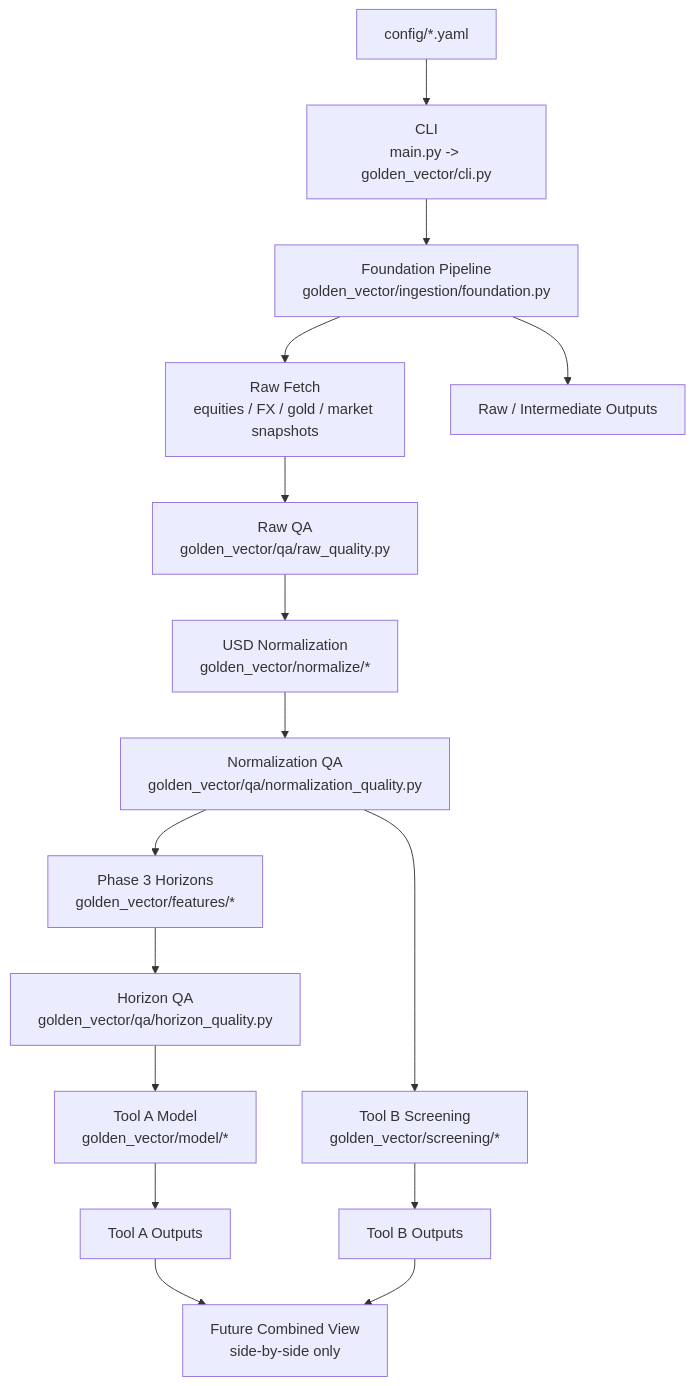
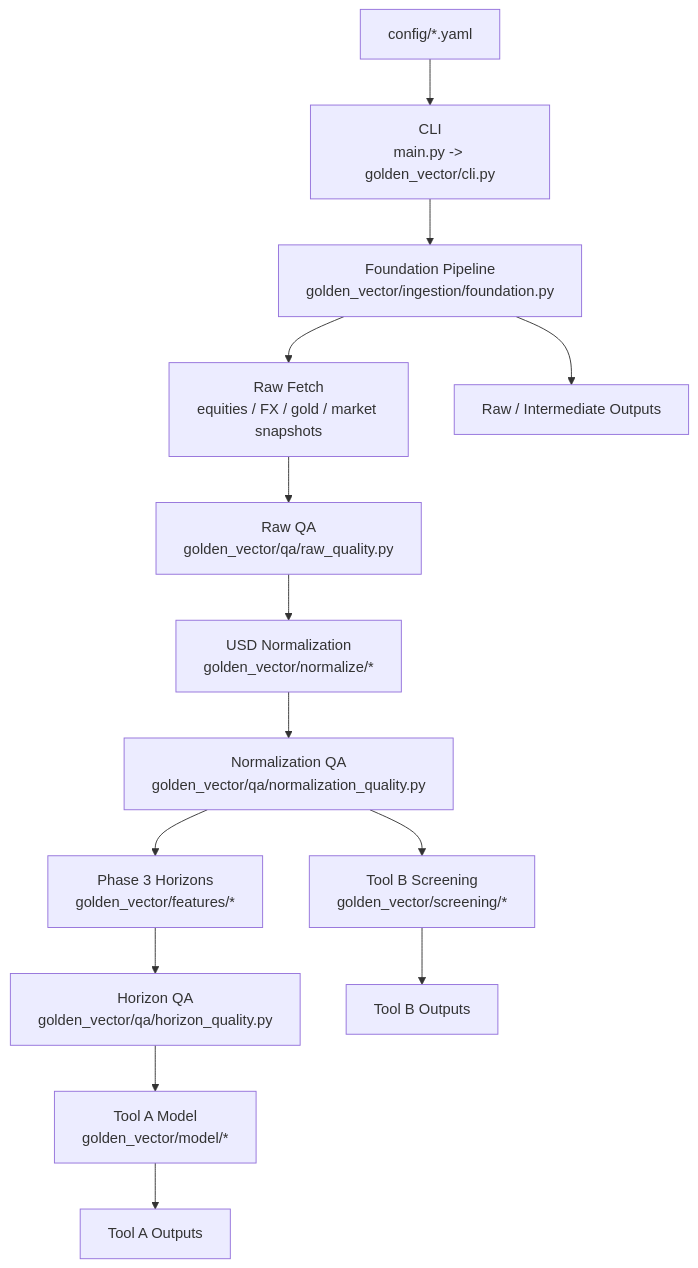
The diagram in docs/golden_vector_architecture_map.md (victorvanrijckevorsel-del/Golden-Vector), drawn with Mermaid before and after one commit. The commit also changed other lines of this file and 18 other files, not shown here.

First line of the commit message:
Phase 6 chunk 2+3: option charts (#22), scenario tables (#24), compare-view cleanup (#26), vendor-outage policy (#27b)

````diff
--- a/docs/golden_vector_architecture_map.md
+++ b/docs/golden_vector_architecture_map.md
@@ -20,18 +21,16 @@
 ```mermaid
 flowchart TD
     A["config/*.yaml"] --> B["CLI<br/>main.py -> golden_vector/cli.py"]
     B --> C["Foundation Pipeline<br/>golden_vector/ingestion/foundation.py"]
     C --> D["Raw Fetch<br/>equities / FX / gold / market snapshots"]
     D --> E["Raw QA<br/>golden_vector/qa/raw_quality.py"]
     E --> F["USD Normalization<br/>golden_vector/normalize/*"]
     F --> G["Normalization QA<br/>golden_vector/qa/normalization_quality.py"]
     G --> H["Phase 3 Horizons<br/>golden_vector/features/*"]
     H --> I["Horizon QA<br/>golden_vector/qa/horizon_quality.py"]
     I --> J["Tool A Model<br/>golden_vector/model/*"]
     G --> K["Tool B Screening<br/>golden_vector/screening/*"]
     C --> M["Raw / Intermediate Outputs"]
     J --> N["Tool A Outputs"]
     K --> O["Tool B Outputs"]
-    N --> P["Future Combined View<br/>side-by-side only"]
-    O --> P
 ```
````
